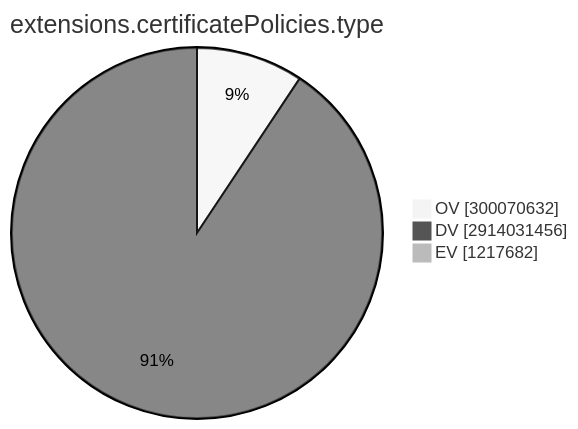
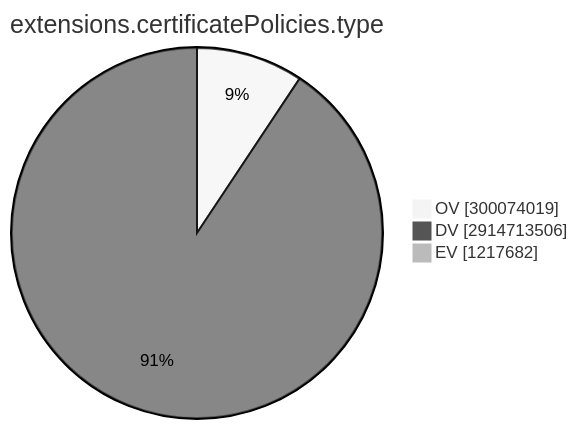
One commit to christiankrug/ctmonitor_visualization changed the ninth of 15 diagrams in TOTAL/README.md. Above: the diagram before and after it, drawn with Mermaid (neutral theme). The commit also changed other lines of this file, not shown here.

````diff
--- a/TOTAL/README.md
+++ b/TOTAL/README.md
@@ -3101,7 +3101,7 @@
 ```mermaid
 pie showData
 title extensions.certificatePolicies.type
-"OV" :300070632
-"DV" :2914031456
+"OV" :300074019
+"DV" :2914713506
 "EV" :1217682
 ```
````
